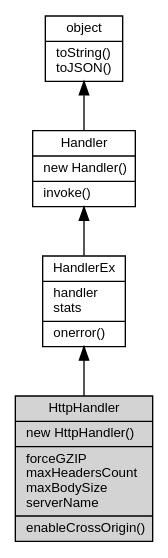
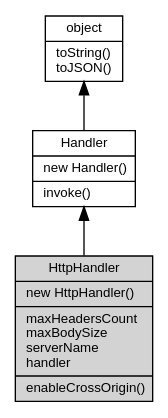
The diagram in docs/manual/object/ifs/HttpHandler.md (fibjs/fibjs.org), drawn with Graphviz before and after one commit. The commit also changed other lines of this file and 229 other files, not shown here.

````diff
--- a/docs/manual/object/ifs/HttpHandler.md
+++ b/docs/manual/object/ifs/HttpHandler.md
@@ -17,14 +17,12 @@
 ```dot
 digraph {
     node [fontname="Helvetica,sans-Serif", fontsize=10, shape="record", style="filled", fillcolor="white"];
 
     object [tooltip="object", URL="object.md", label="{object|toString()\ltoJSON()\l}"];
     Handler [tooltip="Handler", URL="Handler.md", label="{Handler|new Handler()\l|invoke()\l}"];
-    HandlerEx [tooltip="HandlerEx", URL="HandlerEx.md", label="{HandlerEx|handler\lstats\l|onerror()\l}"];
-    HttpHandler [tooltip="HttpHandler", fillcolor="lightgray", id="me", label="{HttpHandler|new HttpHandler()\l|forceGZIP\lmaxHeadersCount\lmaxBodySize\lserverName\l|enableCrossOrigin()\l}"];
+    HttpHandler [tooltip="HttpHandler", fillcolor="lightgray", id="me", label="{HttpHandler|new HttpHandler()\l|maxHeadersCount\lmaxBodySize\lserverName\lhandler\l|enableCrossOrigin()\l}"];
 
     object -> Handler [dir=back];
-    Handler -> HandlerEx [dir=back];
-    HandlerEx -> HttpHandler [dir=back];
+    Handler -> HttpHandler [dir=back];
 }
 ```
````
